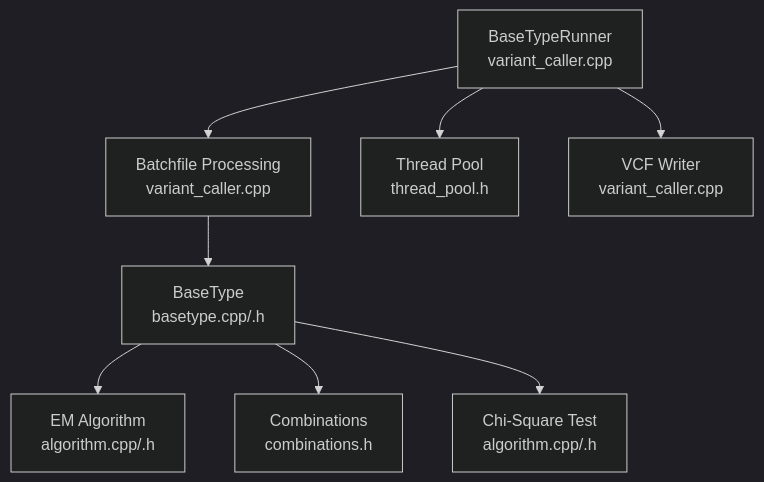
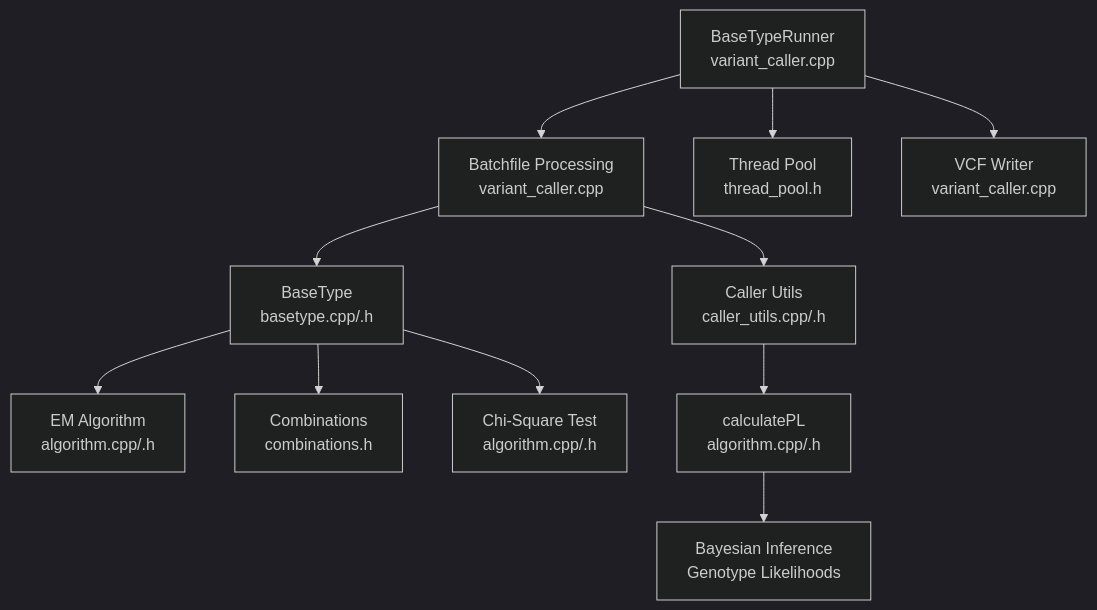
One commit to ShujiaHuang/BaseVar2 changed the first of 5 diagrams in .qoder/repowiki/en/content/Core Algorithm Architecture/Likelihood Ratio Testing Framework.md. Above: the diagram before and after it, drawn with Mermaid (dark theme). The commit also changed other lines of this file and 6 other files, not shown here.

````diff
--- a/.qoder/repowiki/en/content/Core Algorithm Architecture/Likelihood Ratio Testing Framework.md
+++ b/.qoder/repowiki/en/content/Core Algorithm Architecture/Likelihood Ratio Testing Framework.md
@@ -35,10 +47,13 @@
 ```mermaid
 graph TB
 Caller["BaseTypeRunner<br/>variant_caller.cpp"] --> Batch["Batchfile Processing<br/>variant_caller.cpp"]
 Caller --> Threads["Thread Pool<br/>thread_pool.h"]
 Caller --> VCFOut["VCF Writer<br/>variant_caller.cpp"]
 Batch --> BaseType["BaseType<br/>basetype.cpp/.h"]
+Batch --> CallerUtils["Caller Utils<br/>caller_utils.cpp/.h"]
 BaseType --> EM["EM Algorithm<br/>algorithm.cpp/.h"]
 BaseType --> Comb["Combinations<br/>combinations.h"]
 BaseType --> Chi["Chi-Square Test<br/>algorithm.cpp/.h"]
+CallerUtils --> PL["calculatePL<br/>algorithm.cpp/.h"]
+PL --> Bayes["Bayesian Inference<br/>Genotype Likelihoods"]
 ```
````
